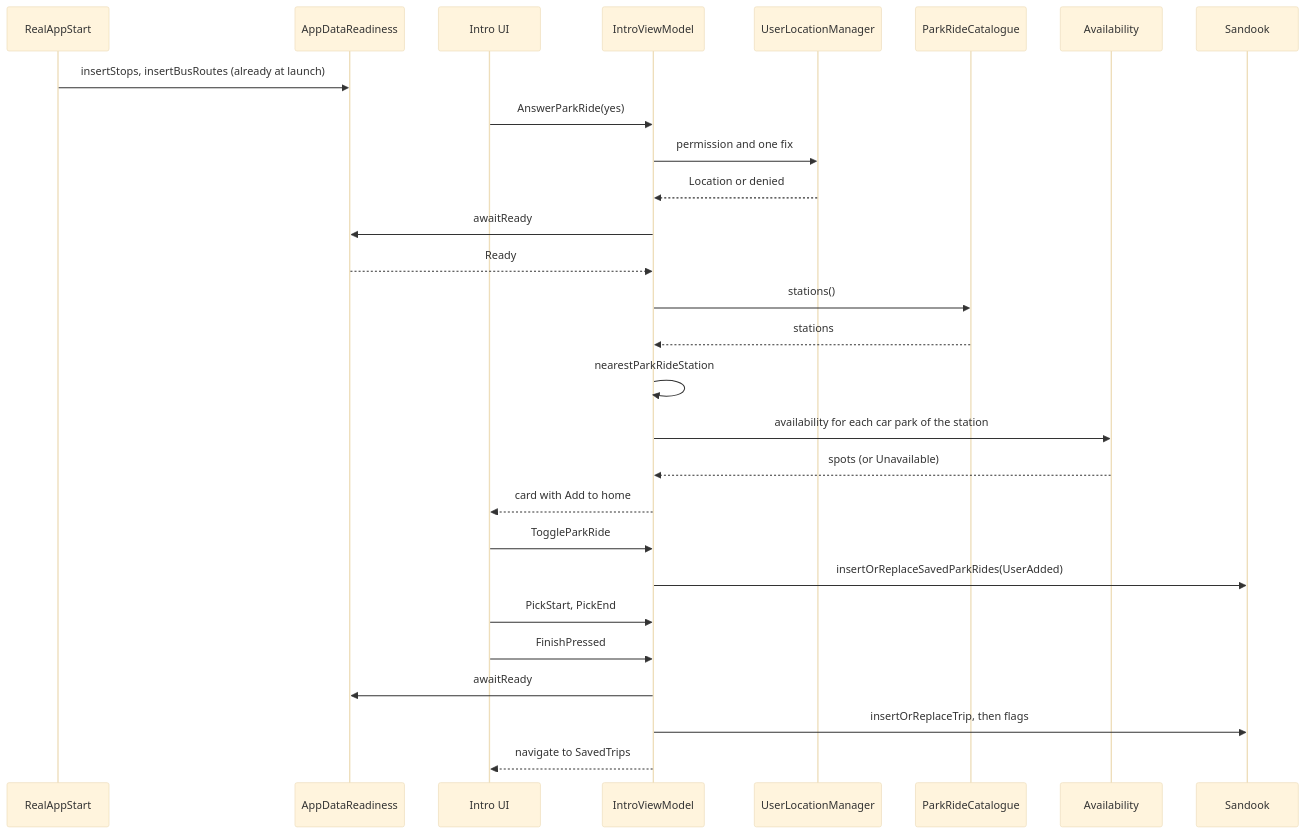
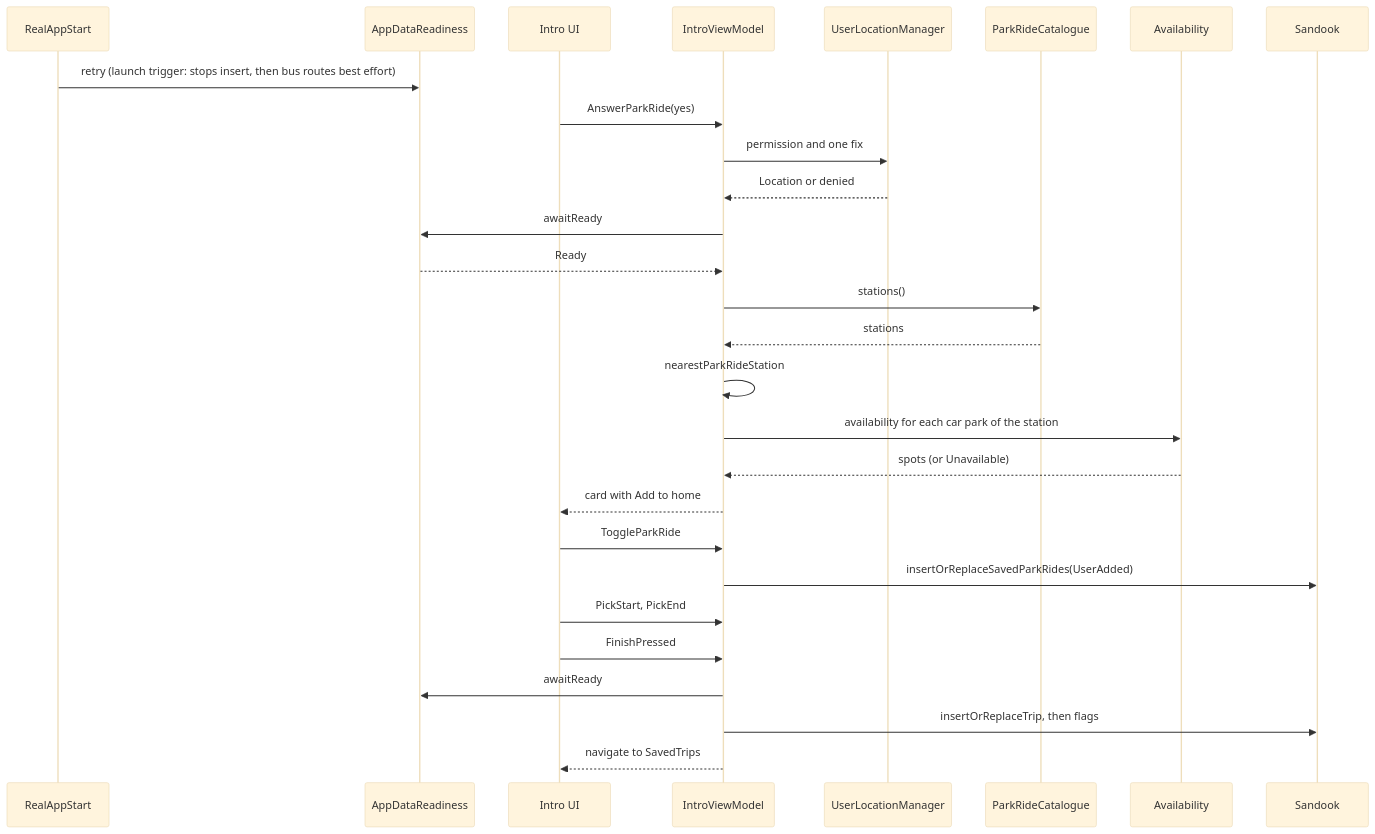
The second of 2 diagrams in docs/features/intro/ERD.md (ksharma-xyz/KRAIL), drawn with Mermaid (base theme) before and after one commit. The commit also changed other lines of this file and 8 other files, not shown here.

First line of the commit message:
feat(app-start): load stops through AppDataReadiness at launch

````diff
--- a/docs/features/intro/ERD.md
+++ b/docs/features/intro/ERD.md
@@ -207,30 +225,30 @@
 ```mermaid
 sequenceDiagram
     participant App as RealAppStart
     participant R as AppDataReadiness
     participant UI as Intro UI
     participant VM as IntroViewModel
     participant L as UserLocationManager
     participant C as ParkRideCatalogue
     participant A as Availability
     participant DB as Sandook
-    App->>R: insertStops, insertBusRoutes (already at launch)
+    App->>R: retry (launch trigger: stops insert, then bus routes best effort)
     UI->>VM: AnswerParkRide(yes)
     VM->>L: permission and one fix
     L-->>VM: Location or denied
     VM->>R: awaitReady
     R-->>VM: Ready
     VM->>C: stations()
     C-->>VM: stations
     VM->>VM: nearestParkRideStation
     VM->>A: availability for each car park of the station
     A-->>VM: spots (or Unavailable)
     VM-->>UI: card with Add to home
     UI->>VM: ToggleParkRide
     VM->>DB: insertOrReplaceSavedParkRides(UserAdded)
     UI->>VM: PickStart, PickEnd
     UI->>VM: FinishPressed
     VM->>R: awaitReady
     VM->>DB: insertOrReplaceTrip, then flags
     VM-->>UI: navigate to SavedTrips
 ```
````
